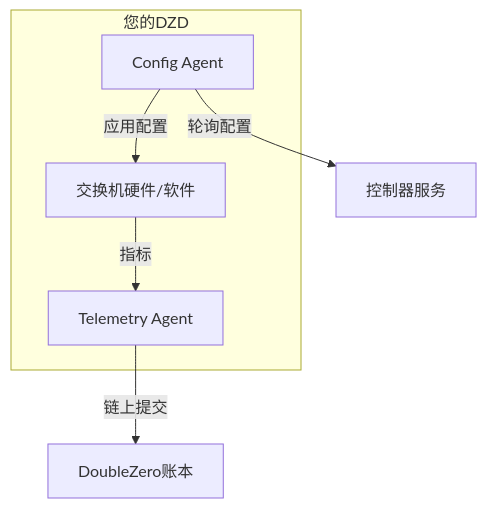
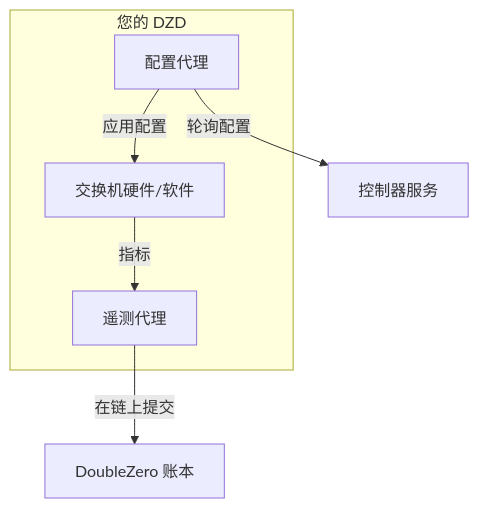
Before and after one commit to malbeclabs/docs: diagram 12 of 13 in docs/contribute-provisioning.zh.md, drawn with Mermaid. The commit also changed other lines of this file and 160 other files, not shown here.

````diff
--- a/docs/contribute-provisioning.zh.md
+++ b/docs/contribute-provisioning.zh.md
@@ -697,14 +766,14 @@
 ```mermaid
 flowchart TB
-    subgraph "您的DZD"
-        CA[Config Agent]
-        TA[Telemetry Agent]
+    subgraph "您的 DZD"
+        CA[配置代理]
+        TA[遥测代理]
         HW[交换机硬件/软件]
     end
 
     CA -->|轮询配置| CTRL[控制器服务]
     CA -->|应用配置| HW
 
     HW -->|指标| TA
-    TA -->|链上提交| BC[DoubleZero账本]
+    TA -->|在链上提交| BC[DoubleZero 账本]
 ```
````
